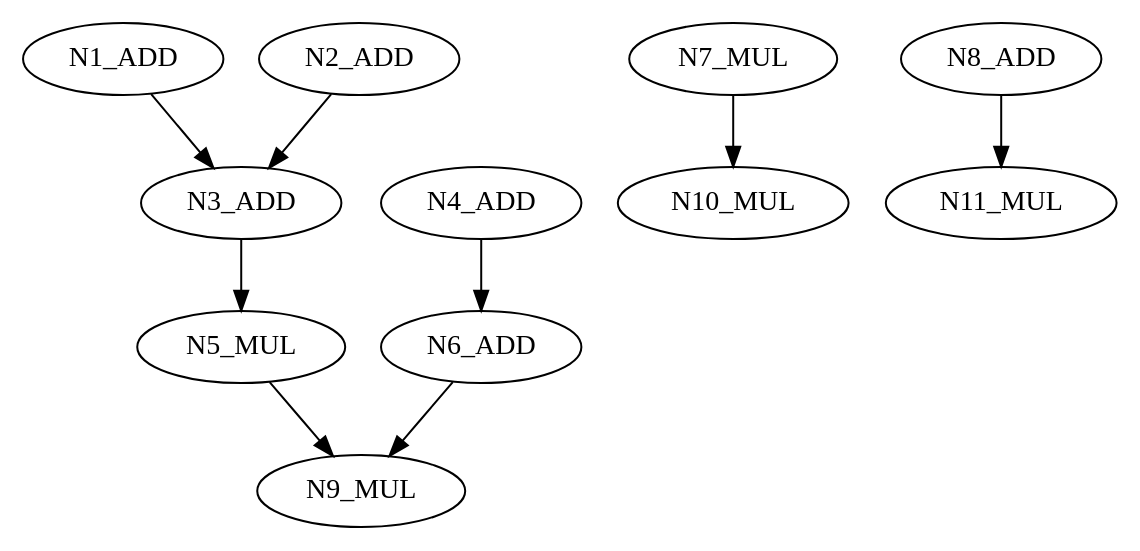
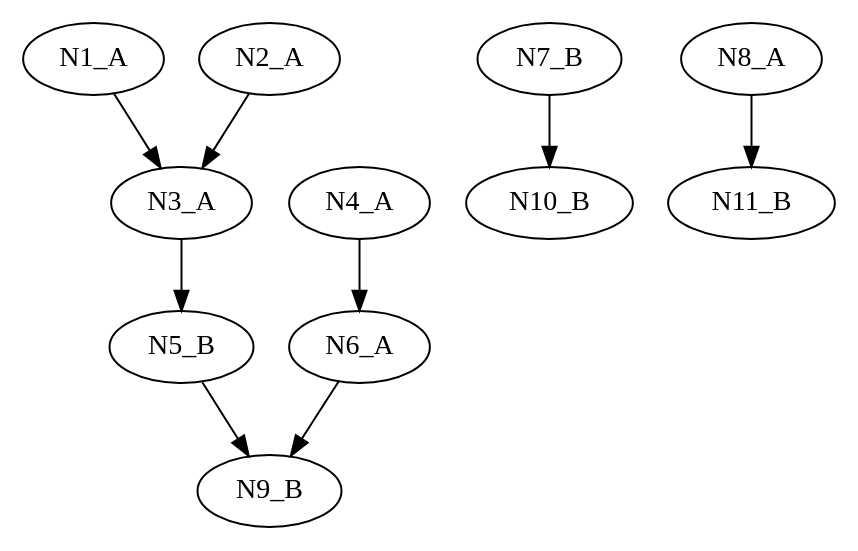
Before and after one commit to LaumiH/hls_bulb: the diagram in graphs/paper.dot, drawn with Graphviz. The commit also changed 1 other file, not shown here.

```diff
--- a/graphs/paper.dot
+++ b/graphs/paper.dot
@@ -1,11 +1,11 @@
 digraph depgraph {
 
-N1_ADD -> N3_ADD;
-N2_ADD -> N3_ADD;
-N3_ADD -> N5_MUL;
-N5_MUL -> N9_MUL;
-N4_ADD -> N6_ADD;
-N6_ADD -> N9_MUL;
-N7_MUL -> N10_MUL;
-N8_ADD -> N11_MUL;
+N1_A -> N3_A;
+N2_A -> N3_A;
+N3_A -> N5_B;
+N5_B -> N9_B;
+N4_A -> N6_A;
+N6_A -> N9_B;
+N7_B -> N10_B;
+N8_A -> N11_B;
 }
```
